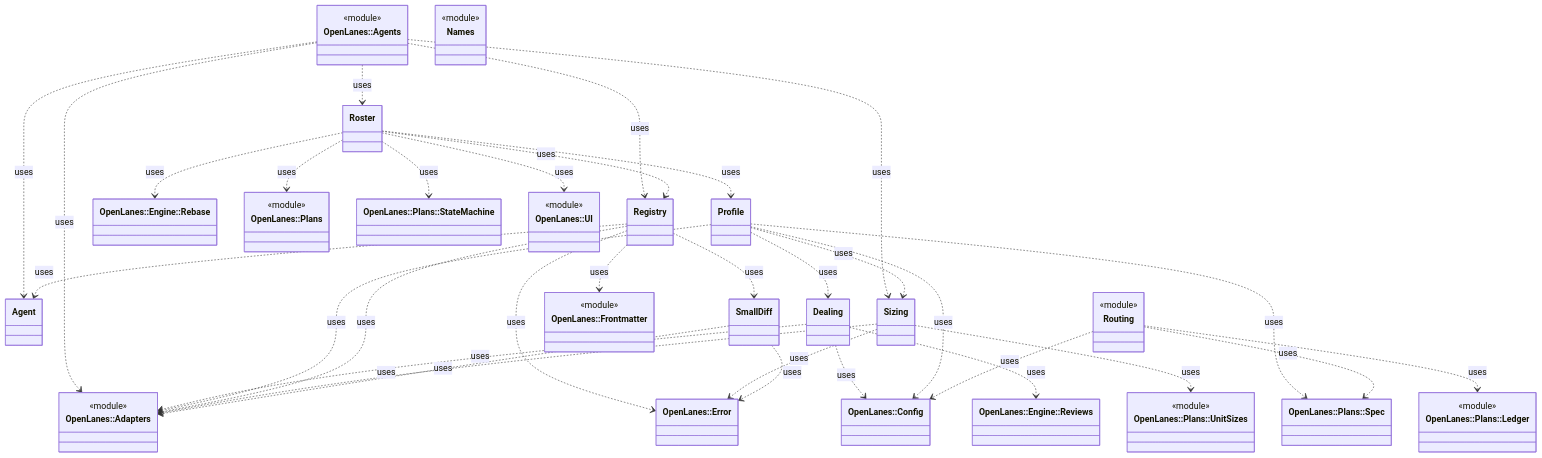
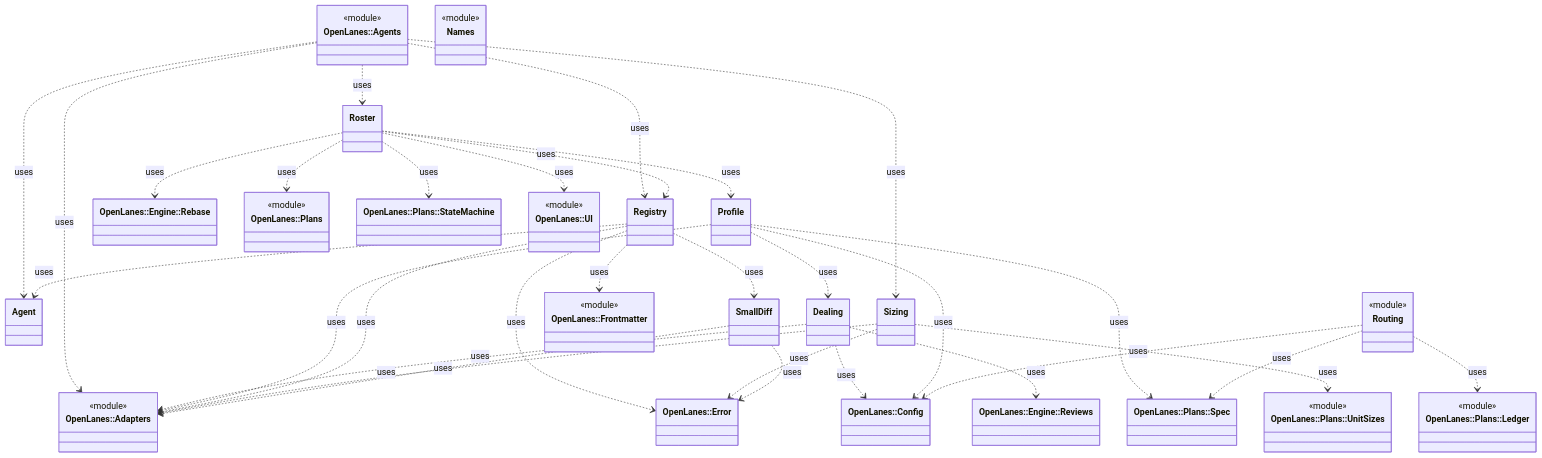
One commit to kigster/openlanes changed the diagram in docs/architecture/openlanes-agents.md. Above: the diagram before and after it, drawn with Mermaid. The commit also changed 33 other files, not shown here.

````diff
--- a/docs/architecture/openlanes-agents.md
+++ b/docs/architecture/openlanes-agents.md
@@ -5,66 +5,65 @@
 ```mermaid
 classDiagram
   class OpenLanes__Adapters["OpenLanes::Adapters"]
   <<module>> OpenLanes__Adapters
   class OpenLanes__Agents["OpenLanes::Agents"]
   <<module>> OpenLanes__Agents
   class OpenLanes__Agents__Agent["Agent"]
   class OpenLanes__Agents__Dealing["Dealing"]
   class OpenLanes__Agents__Names["Names"]
   <<module>> OpenLanes__Agents__Names
   class OpenLanes__Agents__Profile["Profile"]
   class OpenLanes__Agents__Registry["Registry"]
   class OpenLanes__Agents__Roster["Roster"]
   class OpenLanes__Agents__Routing["Routing"]
   <<module>> OpenLanes__Agents__Routing
   class OpenLanes__Agents__Sizing["Sizing"]
   class OpenLanes__Agents__SmallDiff["SmallDiff"]
   class OpenLanes__Config["OpenLanes::Config"]
   class OpenLanes__Engine__Rebase["OpenLanes::Engine::Rebase"]
   class OpenLanes__Engine__Reviews["OpenLanes::Engine::Reviews"]
   class OpenLanes__Error["OpenLanes::Error"]
   class OpenLanes__Frontmatter["OpenLanes::Frontmatter"]
   <<module>> OpenLanes__Frontmatter
   class OpenLanes__Plans["OpenLanes::Plans"]
   <<module>> OpenLanes__Plans
   class OpenLanes__Plans__Ledger["OpenLanes::Plans::Ledger"]
   <<module>> OpenLanes__Plans__Ledger
   class OpenLanes__Plans__Spec["OpenLanes::Plans::Spec"]
   class OpenLanes__Plans__StateMachine["OpenLanes::Plans::StateMachine"]
   class OpenLanes__Plans__UnitSizes["OpenLanes::Plans::UnitSizes"]
   <<module>> OpenLanes__Plans__UnitSizes
   class OpenLanes__UI["OpenLanes::UI"]
   <<module>> OpenLanes__UI
   OpenLanes__Agents ..> OpenLanes__Adapters : uses
   OpenLanes__Agents ..> OpenLanes__Agents__Agent : uses
   OpenLanes__Agents ..> OpenLanes__Agents__Registry : uses
   OpenLanes__Agents ..> OpenLanes__Agents__Roster : uses
   OpenLanes__Agents ..> OpenLanes__Agents__Sizing : uses
   OpenLanes__Agents__Dealing ..> OpenLanes__Adapters : uses
   OpenLanes__Agents__Dealing ..> OpenLanes__Config : uses
   OpenLanes__Agents__Dealing ..> OpenLanes__Engine__Reviews : uses
   OpenLanes__Agents__Profile ..> OpenLanes__Adapters : uses
   OpenLanes__Agents__Profile ..> OpenLanes__Agents__Dealing : uses
-  OpenLanes__Agents__Profile ..> OpenLanes__Agents__Sizing : uses
   OpenLanes__Agents__Profile ..> OpenLanes__Config : uses
   OpenLanes__Agents__Profile ..> OpenLanes__Plans__Spec : uses
   OpenLanes__Agents__Registry ..> OpenLanes__Adapters : uses
   OpenLanes__Agents__Registry ..> OpenLanes__Agents__Agent : uses
   OpenLanes__Agents__Registry ..> OpenLanes__Agents__SmallDiff : uses
   OpenLanes__Agents__Registry ..> OpenLanes__Error : uses
   OpenLanes__Agents__Registry ..> OpenLanes__Frontmatter : uses
   OpenLanes__Agents__Roster ..> OpenLanes__Agents__Profile : uses
   OpenLanes__Agents__Roster ..> OpenLanes__Agents__Registry : uses
   OpenLanes__Agents__Roster ..> OpenLanes__Engine__Rebase : uses
   OpenLanes__Agents__Roster ..> OpenLanes__Plans : uses
   OpenLanes__Agents__Roster ..> OpenLanes__Plans__StateMachine : uses
   OpenLanes__Agents__Roster ..> OpenLanes__UI : uses
   OpenLanes__Agents__Routing ..> OpenLanes__Config : uses
   OpenLanes__Agents__Routing ..> OpenLanes__Plans__Ledger : uses
   OpenLanes__Agents__Routing ..> OpenLanes__Plans__Spec : uses
   OpenLanes__Agents__Sizing ..> OpenLanes__Adapters : uses
   OpenLanes__Agents__Sizing ..> OpenLanes__Error : uses
   OpenLanes__Agents__Sizing ..> OpenLanes__Plans__UnitSizes : uses
   OpenLanes__Agents__SmallDiff ..> OpenLanes__Adapters : uses
   OpenLanes__Agents__SmallDiff ..> OpenLanes__Error : uses
 ```
````
